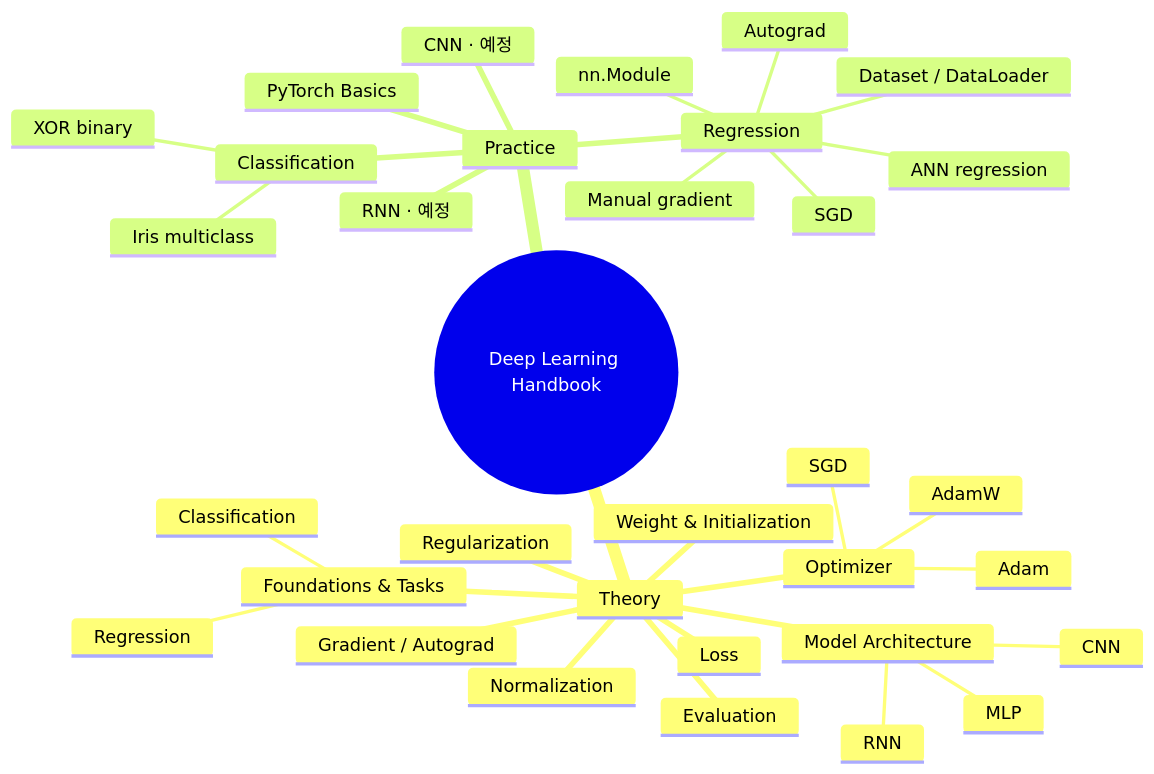
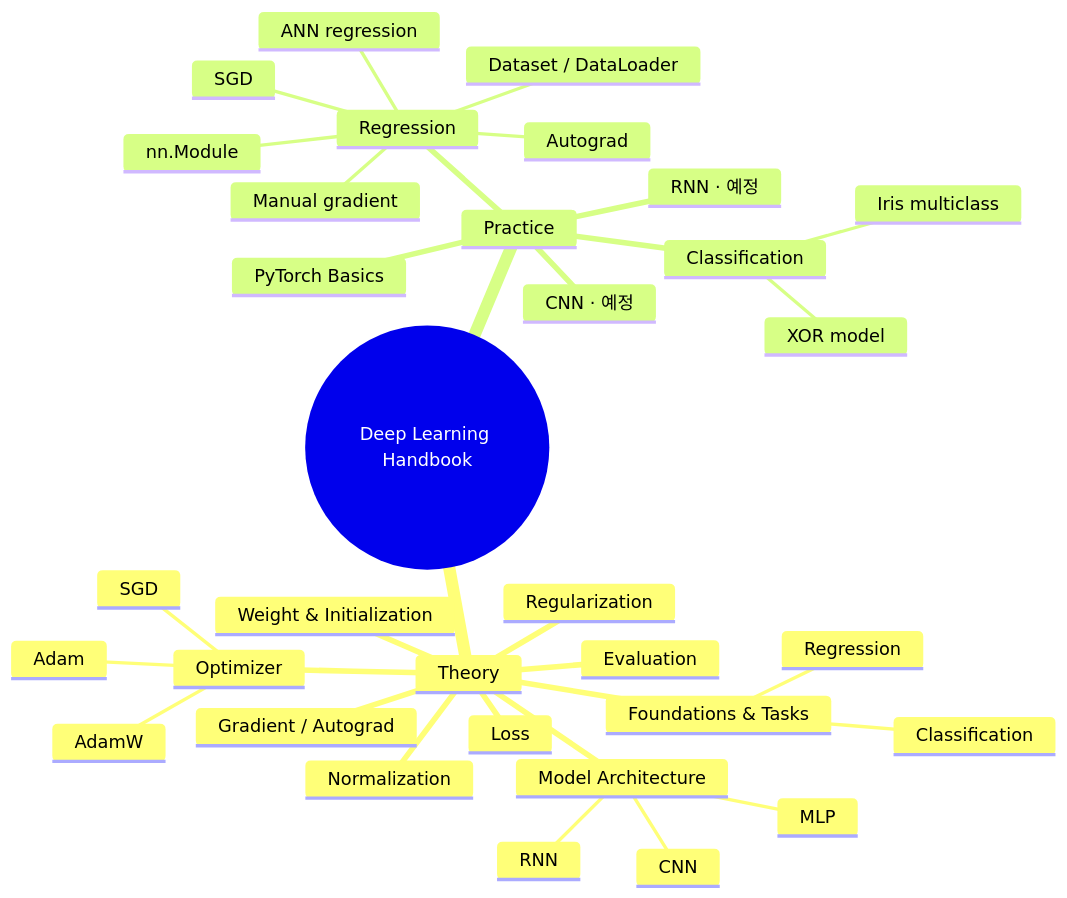
One commit to minwoo02/deep-learning-handbook changed the diagram in docs/roadmap.md. Above: the diagram before and after it, drawn with Mermaid. The commit also changed other lines of this file and 1 other file, not shown here.

Commit message:
Connect Theory and Practice throughout the learning roadmap

````diff
--- a/docs/roadmap.md
+++ b/docs/roadmap.md
@@ -7,36 +116,36 @@
 ```mermaid
 mindmap
   root((Deep Learning Handbook))
     Theory
       Foundations & Tasks
         Regression
         Classification
       Model Architecture
         MLP
         CNN
         RNN
       Weight & Initialization
       Loss
       Gradient / Autograd
       Optimizer
         SGD
         Adam
         AdamW
       Normalization
       Regularization
       Evaluation
     Practice
       PyTorch Basics
       Regression
         Manual gradient
         Autograd
         SGD
         nn.Module
         Dataset / DataLoader
         ANN regression
       Classification
-        XOR binary
+        XOR model
         Iris multiclass
       CNN · 예정
       RNN · 예정
 ```
````
